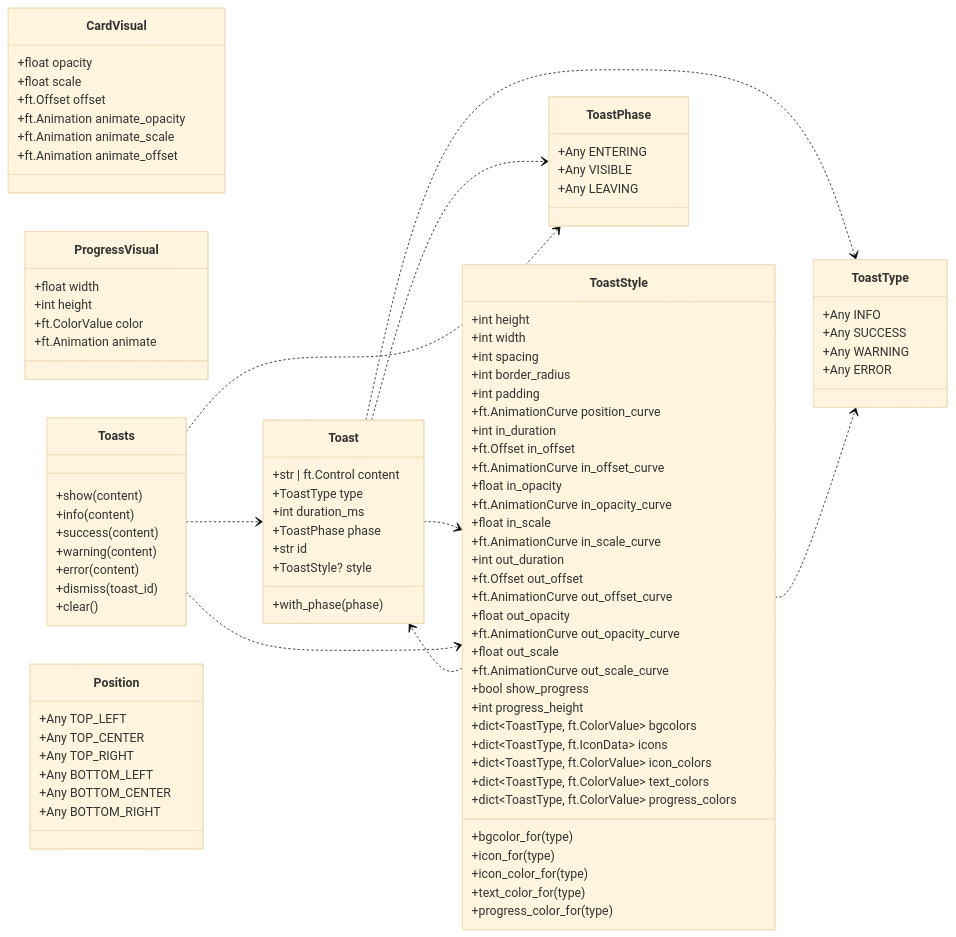
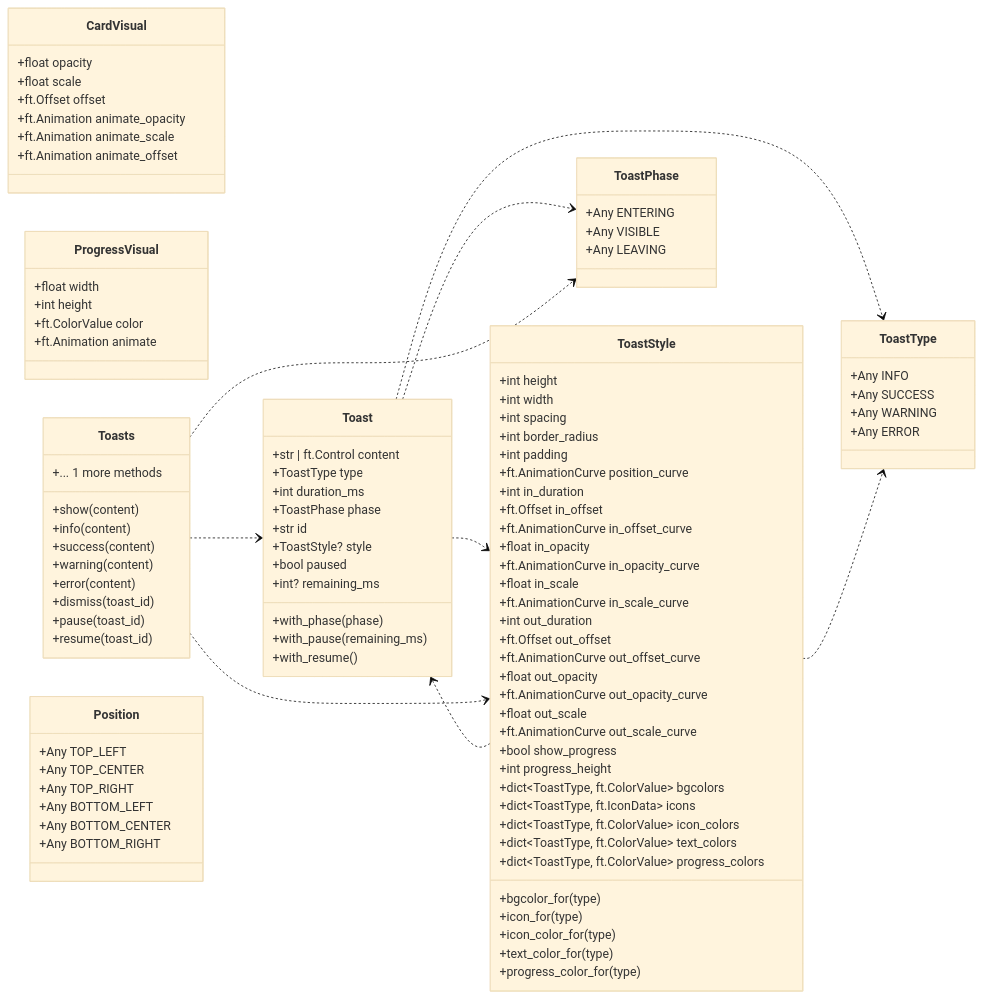
Before and after one commit to brunobrown/flet-toastify: the diagram in docs/assets/diagrams/generated/classes.mmd, drawn with Mermaid (base theme). The commit also changed 11 other files, not shown here.

```diff
--- a/docs/assets/diagrams/generated/classes.mmd
+++ b/docs/assets/diagrams/generated/classes.mmd
@@ -1,105 +1,111 @@
 classDiagram
   direction LR
   %% flet-toastify generated architecture diagrams: classes
 
   class CardVisual {
     +float opacity
     +float scale
     +ft.Offset offset
     +ft.Animation animate_opacity
     +ft.Animation animate_scale
     +ft.Animation animate_offset
   }
 
   class ProgressVisual {
     +float width
     +int height
     +ft.ColorValue color
     +ft.Animation animate
   }
 
   class Toast {
     +str | ft.Control content
     +ToastType type
     +int duration_ms
     +ToastPhase phase
     +str id
     +ToastStyle? style
+    +bool paused
+    +int? remaining_ms
     +with_phase(phase)
+    +with_pause(remaining_ms)
+    +with_resume()
   }
 
   class Toasts {
     +show(content)
     +info(content)
     +success(content)
     +warning(content)
     +error(content)
     +dismiss(toast_id)
-    +clear()
+    +pause(toast_id)
+    +resume(toast_id)
+    +... 1 more methods
   }
 
   class ToastStyle {
     +int height
     +int width
     +int spacing
     +int border_radius
     +int padding
     +ft.AnimationCurve position_curve
     +int in_duration
     +ft.Offset in_offset
     +ft.AnimationCurve in_offset_curve
     +float in_opacity
     +ft.AnimationCurve in_opacity_curve
     +float in_scale
     +ft.AnimationCurve in_scale_curve
     +int out_duration
     +ft.Offset out_offset
     +ft.AnimationCurve out_offset_curve
     +float out_opacity
     +ft.AnimationCurve out_opacity_curve
     +float out_scale
     +ft.AnimationCurve out_scale_curve
     +bool show_progress
     +int progress_height
     +dict~ToastType, ft.ColorValue~ bgcolors
     +dict~ToastType, ft.IconData~ icons
     +dict~ToastType, ft.ColorValue~ icon_colors
     +dict~ToastType, ft.ColorValue~ text_colors
     +dict~ToastType, ft.ColorValue~ progress_colors
     +bgcolor_for(type)
     +icon_for(type)
     +icon_color_for(type)
     +text_color_for(type)
     +progress_color_for(type)
   }
 
   class Position {
     +Any TOP_LEFT
     +Any TOP_CENTER
     +Any TOP_RIGHT
     +Any BOTTOM_LEFT
     +Any BOTTOM_CENTER
     +Any BOTTOM_RIGHT
   }
 
   class ToastPhase {
     +Any ENTERING
     +Any VISIBLE
     +Any LEAVING
   }
 
   class ToastType {
     +Any INFO
     +Any SUCCESS
     +Any WARNING
     +Any ERROR
   }
 
   Toast ..> ToastPhase
   Toast ..> ToastStyle
   Toast ..> ToastType
   ToastStyle ..> Toast
   ToastStyle ..> ToastType
   Toasts ..> Toast
   Toasts ..> ToastPhase
   Toasts ..> ToastStyle
```
